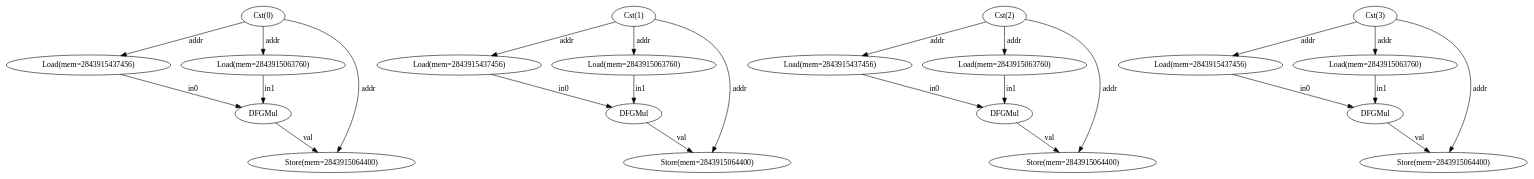
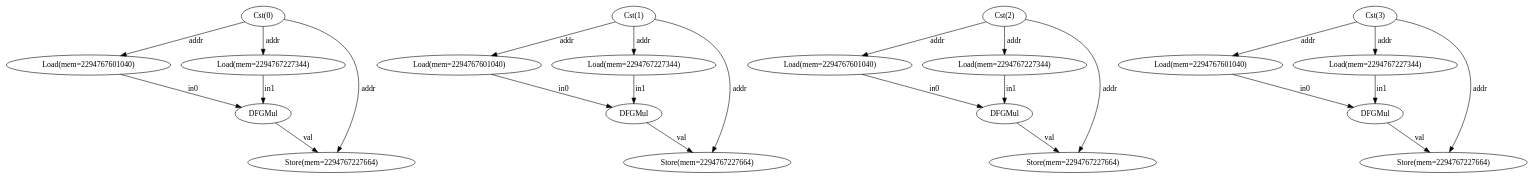
Before and after one commit to ma-carrillo/High-level-synthesis-assignment: the diagram in test01/dfg.dot, drawn with Graphviz. The commit also changed 26 other files, not shown here.

```diff
--- a/test01/dfg.dot
+++ b/test01/dfg.dot
@@ -1,46 +1,46 @@
 digraph "dfg" {
   n0 [label="Cst(0)"];
-  n1 [label="Load(mem=2843915437456)"];
-  n2 [label="Load(mem=2843915063760)"];
+  n1 [label="Load(mem=2294767601040)"];
+  n2 [label="Load(mem=2294767227344)"];
   n3 [label="DFGMul"];
-  n4 [label="Store(mem=2843915064400)"];
+  n4 [label="Store(mem=2294767227664)"];
   n5 [label="Cst(1)"];
-  n6 [label="Load(mem=2843915437456)"];
-  n7 [label="Load(mem=2843915063760)"];
+  n6 [label="Load(mem=2294767601040)"];
+  n7 [label="Load(mem=2294767227344)"];
   n8 [label="DFGMul"];
-  n9 [label="Store(mem=2843915064400)"];
+  n9 [label="Store(mem=2294767227664)"];
   n10 [label="Cst(2)"];
-  n11 [label="Load(mem=2843915437456)"];
-  n12 [label="Load(mem=2843915063760)"];
+  n11 [label="Load(mem=2294767601040)"];
+  n12 [label="Load(mem=2294767227344)"];
   n13 [label="DFGMul"];
-  n14 [label="Store(mem=2843915064400)"];
+  n14 [label="Store(mem=2294767227664)"];
   n15 [label="Cst(3)"];
-  n16 [label="Load(mem=2843915437456)"];
-  n17 [label="Load(mem=2843915063760)"];
+  n16 [label="Load(mem=2294767601040)"];
+  n17 [label="Load(mem=2294767227344)"];
   n18 [label="DFGMul"];
-  n19 [label="Store(mem=2843915064400)"];
+  n19 [label="Store(mem=2294767227664)"];
   n0 -> n1 [label="addr"];
   n0 -> n2 [label="addr"];
   n0 -> n4 [label="addr"];
   n1 -> n3 [label="in0"];
   n2 -> n3 [label="in1"];
   n3 -> n4 [label="val"];
   n5 -> n6 [label="addr"];
   n5 -> n7 [label="addr"];
   n5 -> n9 [label="addr"];
   n6 -> n8 [label="in0"];
   n7 -> n8 [label="in1"];
   n8 -> n9 [label="val"];
   n10 -> n11 [label="addr"];
   n10 -> n12 [label="addr"];
   n10 -> n14 [label="addr"];
   n11 -> n13 [label="in0"];
   n12 -> n13 [label="in1"];
   n13 -> n14 [label="val"];
   n15 -> n16 [label="addr"];
   n15 -> n17 [label="addr"];
   n15 -> n19 [label="addr"];
   n16 -> n18 [label="in0"];
   n17 -> n18 [label="in1"];
   n18 -> n19 [label="val"];
 }
```
